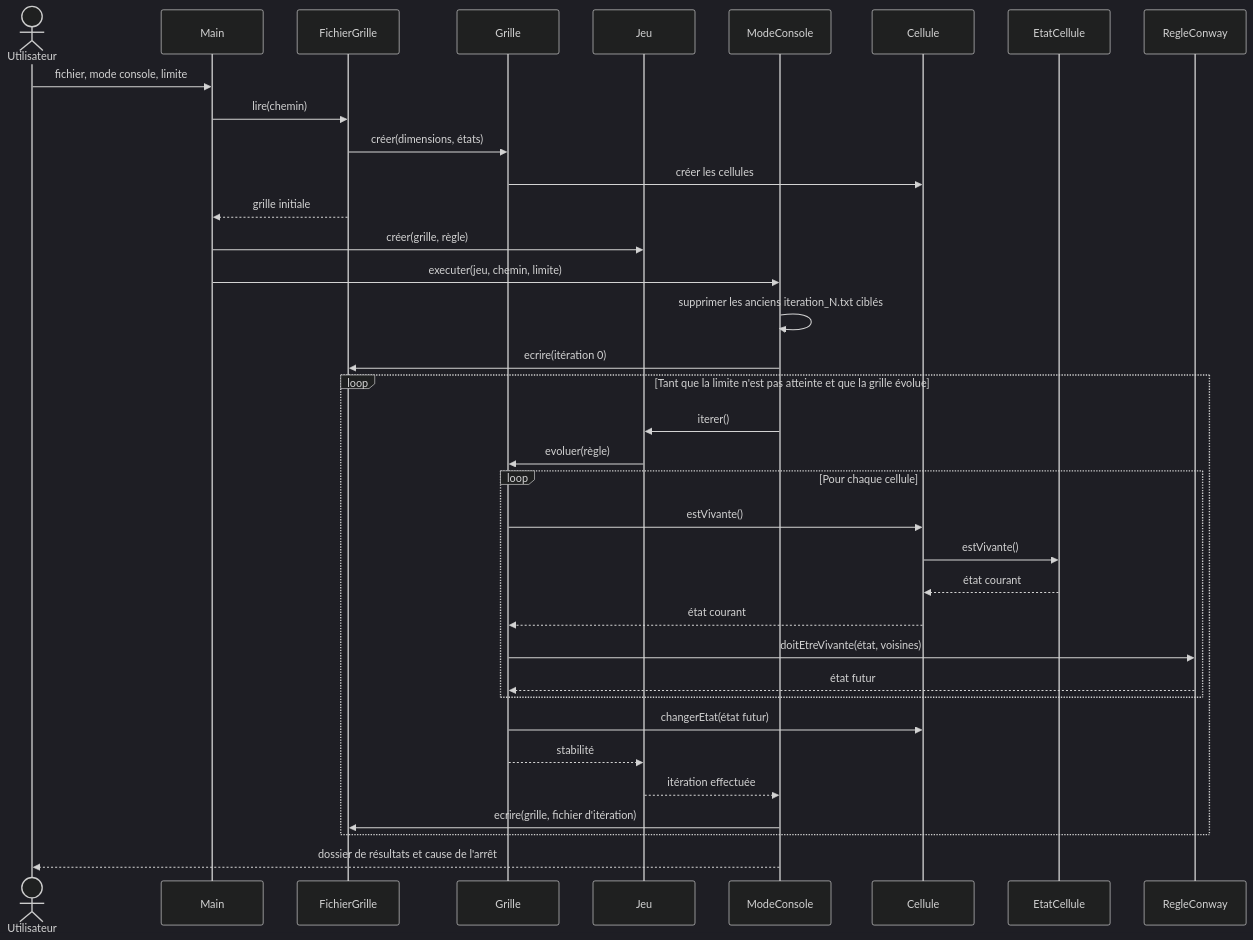
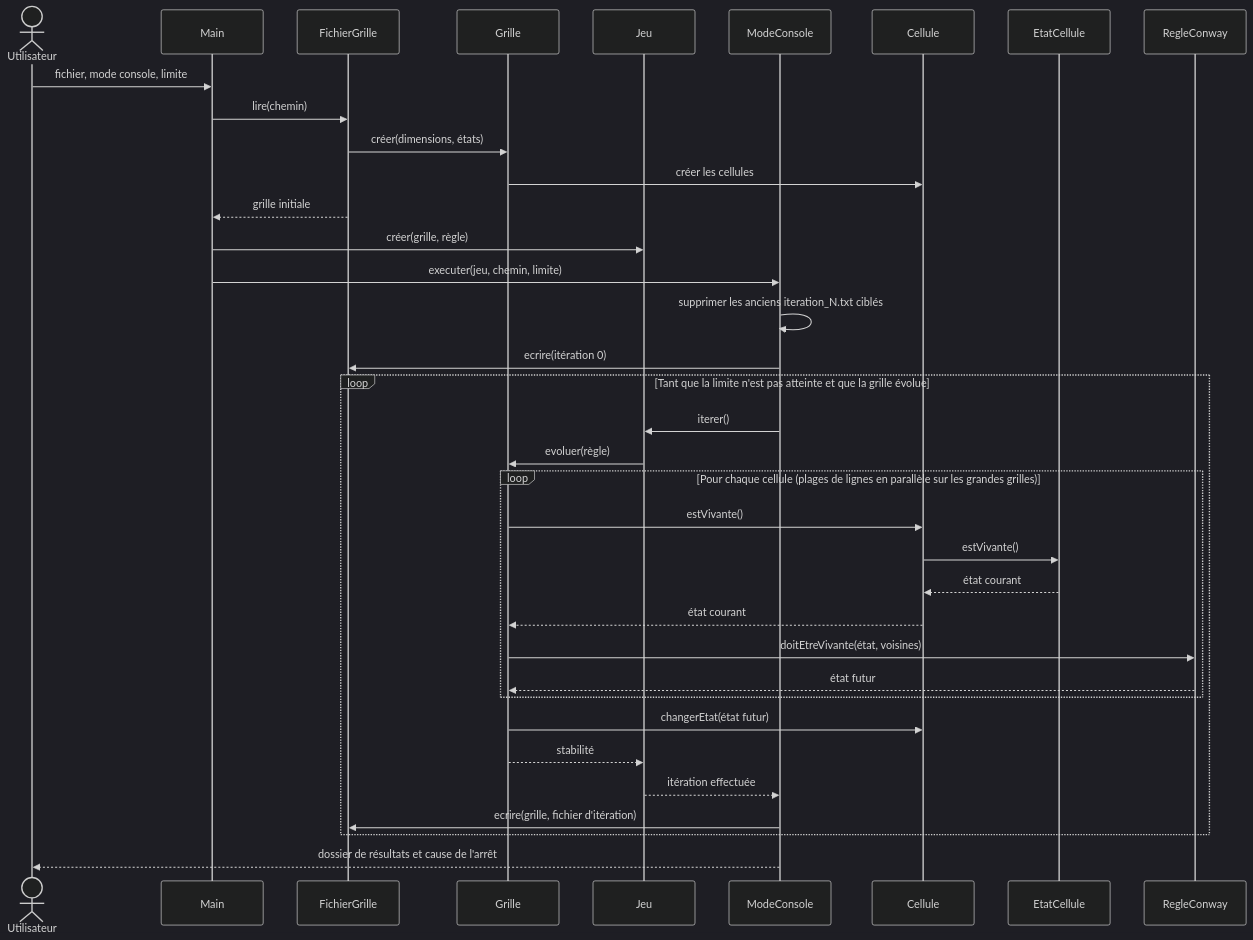
The third of 3 diagrams in CONCEPTION.md (VictorCESIVA/jeu-de-la-vie-poo), drawn with Mermaid (dark theme) before and after one commit. The commit also changed other lines of this file and 9 other files, not shown here.

````diff
--- a/CONCEPTION.md
+++ b/CONCEPTION.md
@@ -223,39 +228,39 @@
 ```mermaid
 sequenceDiagram
     actor Utilisateur
     participant Main
     participant Fichier as FichierGrille
     participant Grille
     participant Jeu
     participant Console as ModeConsole
     participant Cellule
     participant Etat as EtatCellule
     participant Regle as RegleConway
 
     Utilisateur->>Main: fichier, mode console, limite
     Main->>Fichier: lire(chemin)
     Fichier->>Grille: créer(dimensions, états)
     Grille->>Cellule: créer les cellules
     Fichier-->>Main: grille initiale
     Main->>Jeu: créer(grille, règle)
     Main->>Console: executer(jeu, chemin, limite)
     Console->>Console: supprimer les anciens iteration_N.txt ciblés
     Console->>Fichier: ecrire(itération 0)
     loop Tant que la limite n'est pas atteinte et que la grille évolue
         Console->>Jeu: iterer()
         Jeu->>Grille: evoluer(règle)
-        loop Pour chaque cellule
+        loop Pour chaque cellule (plages de lignes en parallèle sur les grandes grilles)
             Grille->>Cellule: estVivante()
             Cellule->>Etat: estVivante()
             Etat-->>Cellule: état courant
             Cellule-->>Grille: état courant
             Grille->>Regle: doitEtreVivante(état, voisines)
             Regle-->>Grille: état futur
         end
         Grille->>Cellule: changerEtat(état futur)
         Grille-->>Jeu: stabilité
         Jeu-->>Console: itération effectuée
         Console->>Fichier: ecrire(grille, fichier d'itération)
     end
     Console-->>Utilisateur: dossier de résultats et cause de l'arrêt
 ```
````
